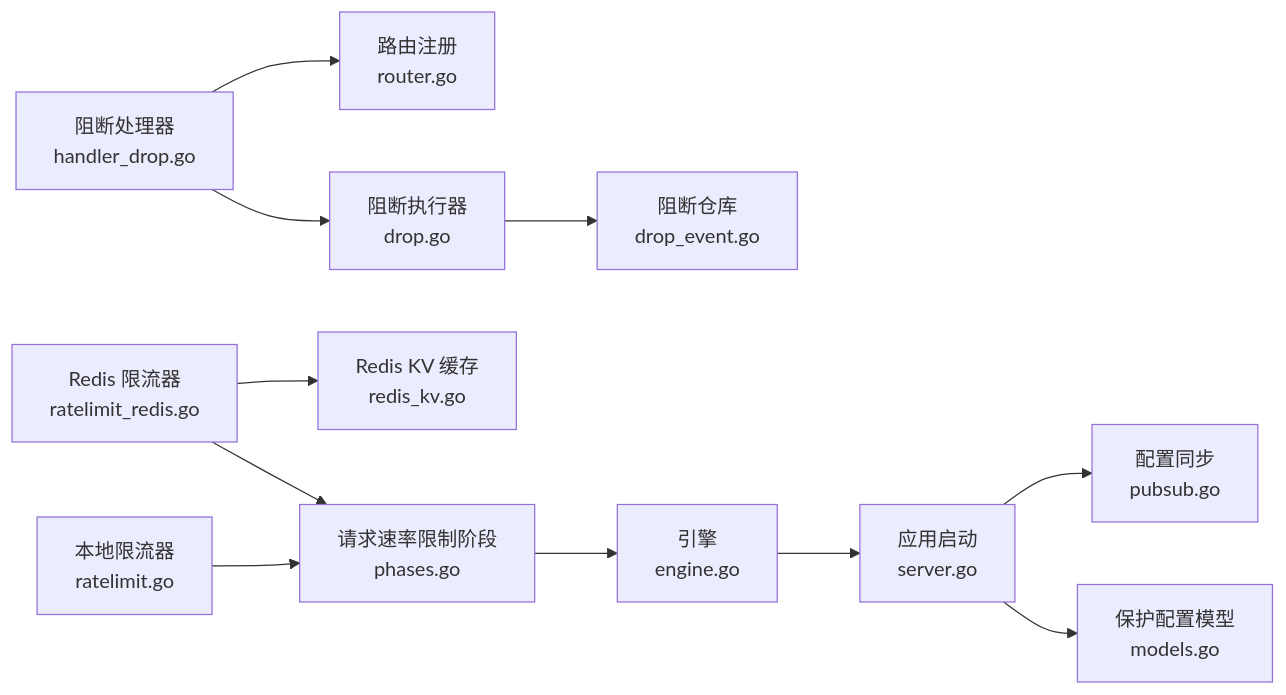
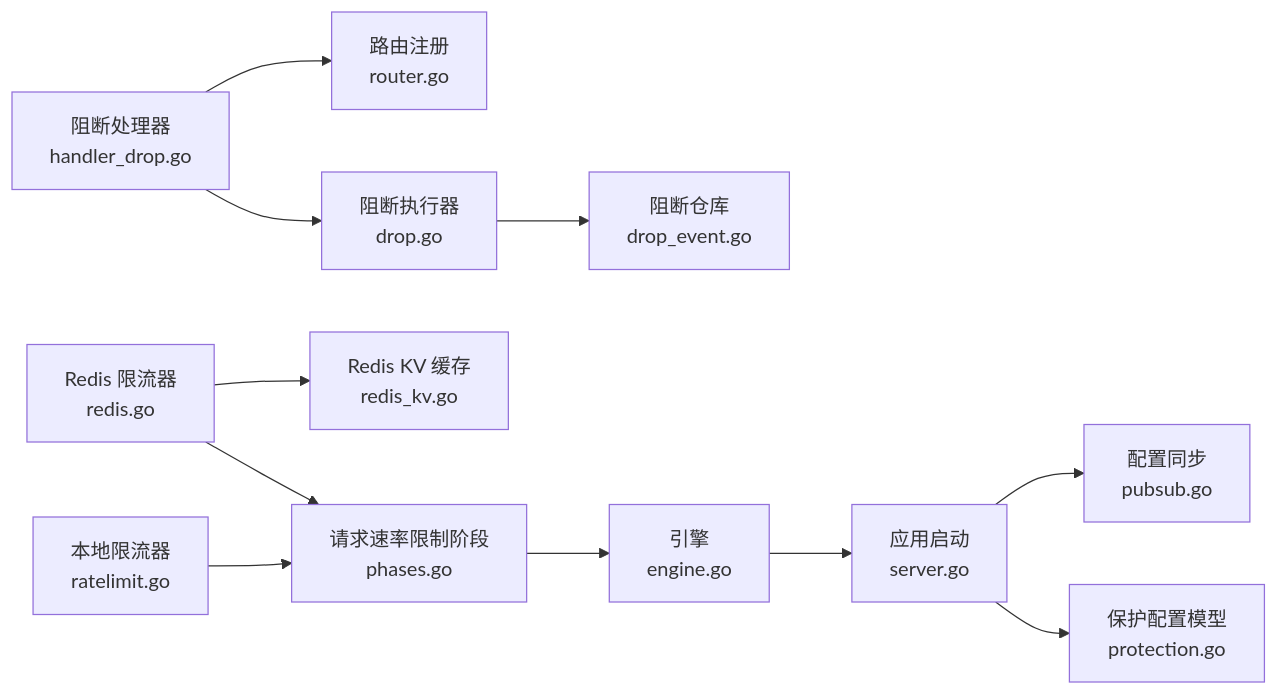
The tenth of 10 diagrams in docs/安全防护功能/速率限制机制/速率限制机制.md (x01n/My-OpenWaf), drawn with Mermaid before and after one commit. The commit also changed other lines of this file and 199 other files, not shown here.

````diff
--- a/docs/安全防护功能/速率限制机制/速率限制机制.md
+++ b/docs/安全防护功能/速率限制机制/速率限制机制.md
@@ -457,13 +453,13 @@
 ```mermaid
 graph LR
 RL_LOCAL["本地限流器<br/>ratelimit.go"] --> PH["请求速率限制阶段<br/>phases.go"]
-RL_REDIS["Redis 限流器<br/>ratelimit_redis.go"] --> PH
+RL_REDIS["Redis 限流器<br/>redis.go"] --> PH
 DROP_EXEC["阻断执行器<br/>drop.go"] --> DROP_REPO["阻断仓库<br/>drop_event.go"]
 DROP_HANDLER["阻断处理器<br/>handler_drop.go"] --> DROP_EXEC
 PH --> ENG["引擎<br/>engine.go"]
 ENG --> APP["应用启动<br/>server.go"]
-APP --> CFG["保护配置模型<br/>models.go"]
+APP --> CFG["保护配置模型<br/>protection.go"]
 APP --> PUBSUB["配置同步<br/>pubsub.go"]
 RL_REDIS --> KV["Redis KV 缓存<br/>redis_kv.go"]
 DROP_HANDLER --> ROUTER["路由注册<br/>router.go"]
 ```
````
